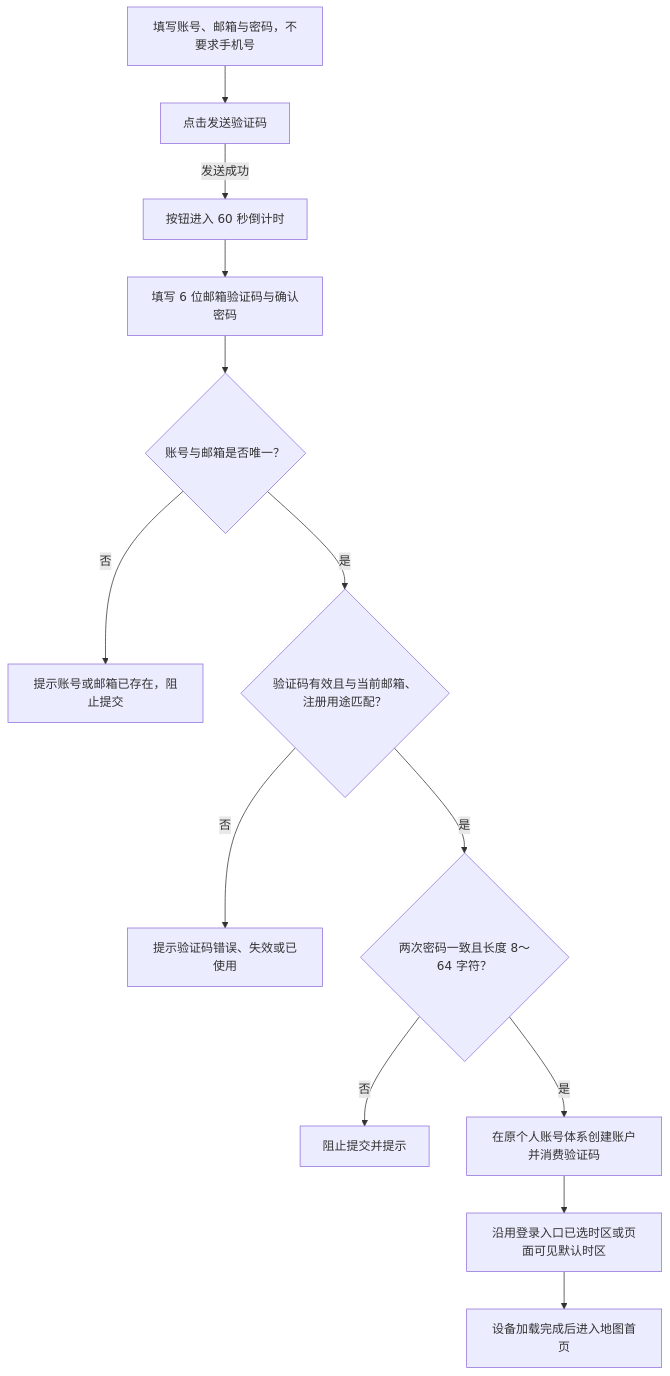
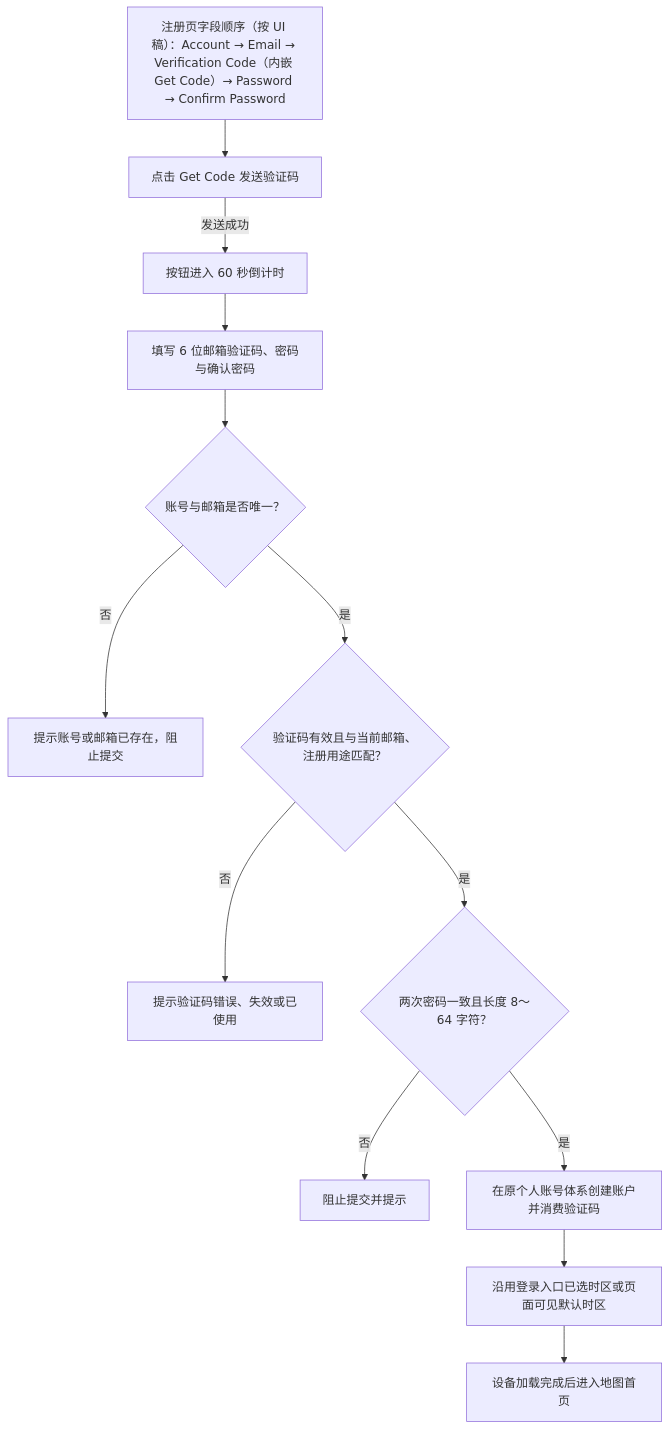
The third of 4 diagrams in docs/manuals/革泰/逻辑大纲/革泰 APP 登录与注册逻辑点梳理 plan.md (CuMgNa/skills), drawn with Mermaid before and after one commit. The commit also changed other lines of this file and 23 other files, not shown here.

````diff
--- a/docs/manuals/革泰/逻辑大纲/革泰 APP 登录与注册逻辑点梳理 plan.md
+++ b/docs/manuals/革泰/逻辑大纲/革泰 APP 登录与注册逻辑点梳理 plan.md
@@ -221,15 +276,15 @@
 ```mermaid
 flowchart TD
-    A["填写账号、邮箱与密码，不要求手机号"] --> B["点击发送验证码"]
+    A["注册页字段顺序（按 UI 稿）：Account → Email → Verification Code（内嵌 Get Code）→ Password → Confirm Password"] --> B["点击 Get Code 发送验证码"]
     B -->|"发送成功"| C["按钮进入 60 秒倒计时"]
-    C --> D["填写 6 位邮箱验证码与确认密码"]
+    C --> D["填写 6 位邮箱验证码、密码与确认密码"]
     D --> E{"账号与邮箱是否唯一？"}
     E -->|"否"| F["提示账号或邮箱已存在，阻止提交"]
     E -->|"是"| G{"验证码有效且与当前邮箱、注册用途匹配？"}
     G -->|"否"| H["提示验证码错误、失效或已使用"]
     G -->|"是"| I{"两次密码一致且长度 8～64 字符？"}
     I -->|"否"| J["阻止提交并提示"]
     I -->|"是"| K["在原个人账号体系创建账户并消费验证码"]
     K --> L["沿用登录入口已选时区或页面可见默认时区"]
     L --> M["设备加载完成后进入地图首页"]
 ```
````
